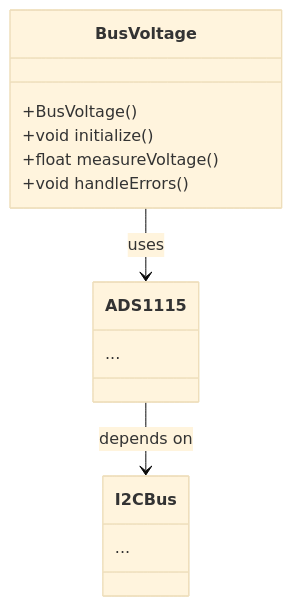
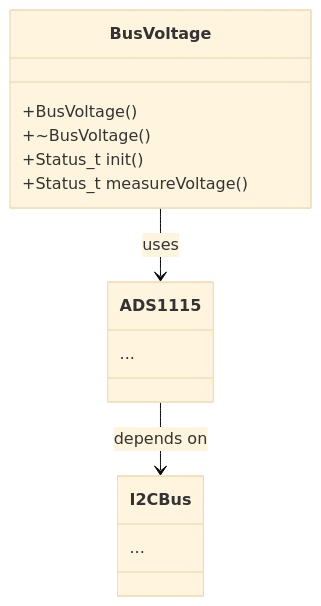
The fourth of 6 diagrams in solar_meter/Documents/AppNotes/PowerMonitor.md (hquiroz-1988/esp), drawn with Mermaid (base theme) before and after one commit. The commit also changed other lines of this file and 69 other files, not shown here.

````diff
--- a/solar_meter/Documents/AppNotes/PowerMonitor.md
+++ b/solar_meter/Documents/AppNotes/PowerMonitor.md
@@ -165,18 +166,18 @@
 ```mermaid
 classDiagram
     class BusVoltage {
         +BusVoltage()
-        +void initialize()
-        +float measureVoltage()
-        +void handleErrors()
+        +~BusVoltage()
+        +Status_t init()
+        +Status_t measureVoltage()
     }
     class ADS1115 {
         ...
     }
     class I2CBus {
         ...
     }
 
     BusVoltage --> ADS1115 : uses
     ADS1115 --> I2CBus : depends on
 ```
````
